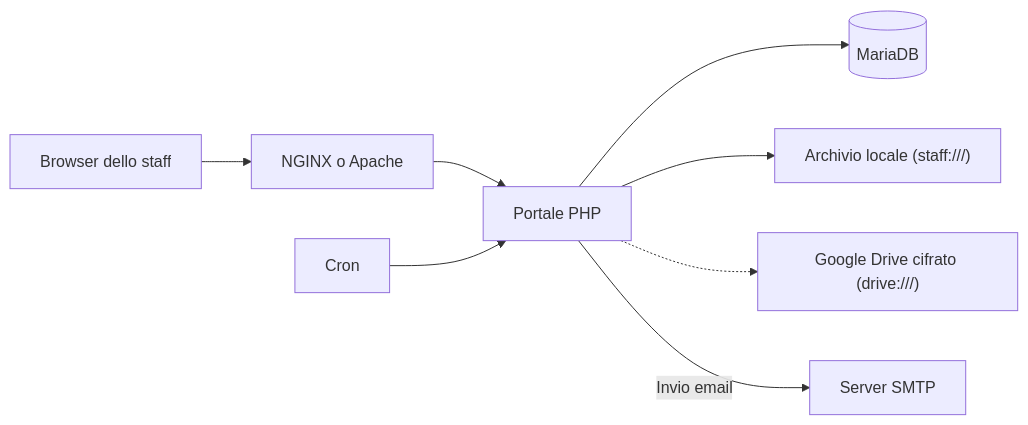
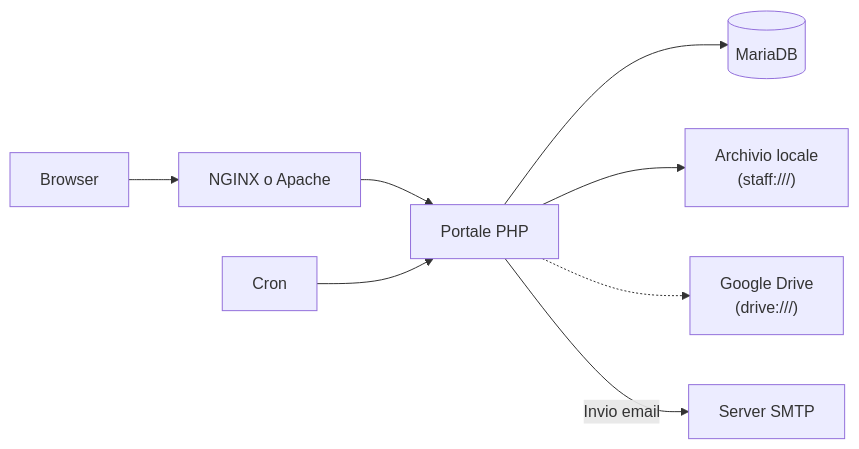
One commit to Amichiamoci/Staff changed the diagram in README.md. Above: the diagram before and after it, drawn with Mermaid. The commit also changed 2 other files, not shown here.

Commit message:
Mermaid graph fixes and disabled tests workflow run at every push

````diff
--- a/README.md
+++ b/README.md
@@ -32,10 +32,10 @@
 ```mermaid
 flowchart LR
-    browser["Browser dello staff"] --> web["NGINX o Apache"]
+    browser["Browser"] --> web["NGINX o Apache"]
     web --> app["Portale PHP"]
     cron["Cron"] --> app
     app --> db[(MariaDB)]
-    app --> local["Archivio locale (staff:///)"]
-    app -.-> drive["Google Drive cifrato (drive:///)"]
+    app --> local["Archivio locale<br />(staff:///)"]
+    app -.-> drive["Google Drive<br />(drive:///)"]
     app -->|Invio email| smtp["Server SMTP"]
 ```
````
